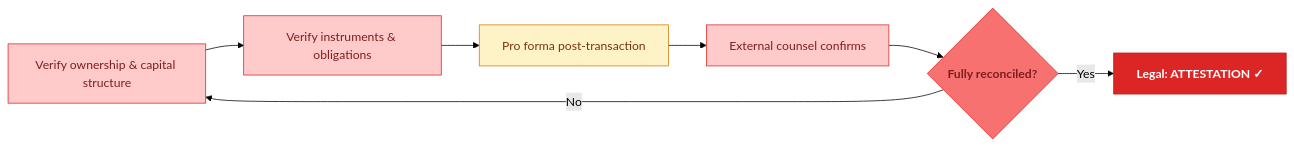
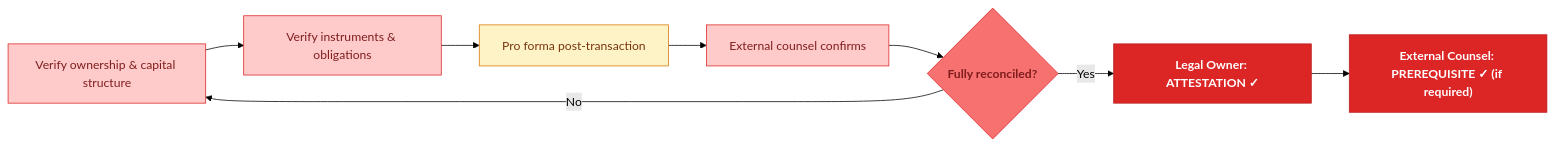
The tenth of 17 diagrams in README.md (mrchanpark/IC-Memo-Flow-Chart-V2), drawn with Mermaid (forest theme) before and after one commit. The commit also changed other lines of this file and 2 other files, not shown here.

````diff
--- a/README.md
+++ b/README.md
@@ -274,13 +274,14 @@
 ```mermaid
 flowchart LR
   A["Verify ownership & capital structure"]:::red --> B["Verify instruments & obligations"]:::red
   B --> C["Pro forma post-transaction"]:::yel
   C --> D["External counsel confirms"]:::red
   D --> E{"Fully reconciled?"}:::redD
   E -- No --> A
-  E -- Yes --> F["Legal: ATTESTATION ✓"]:::redM
+  E -- Yes --> F["Legal Owner: ATTESTATION ✓"]:::redM
+  F --> G["External Counsel: PREREQUISITE ✓ (if required)"]:::redM
   classDef red fill:#fecaca,stroke:#dc2626,color:#7f1d1d
   classDef yel fill:#fef3c7,stroke:#d97706,color:#78350f
   classDef redD fill:#f87171,stroke:#dc2626,color:#7f1d1d,font-weight:700
   classDef redM fill:#dc2626,stroke:#b91c1c,color:#fff,font-weight:700
 ```
````
